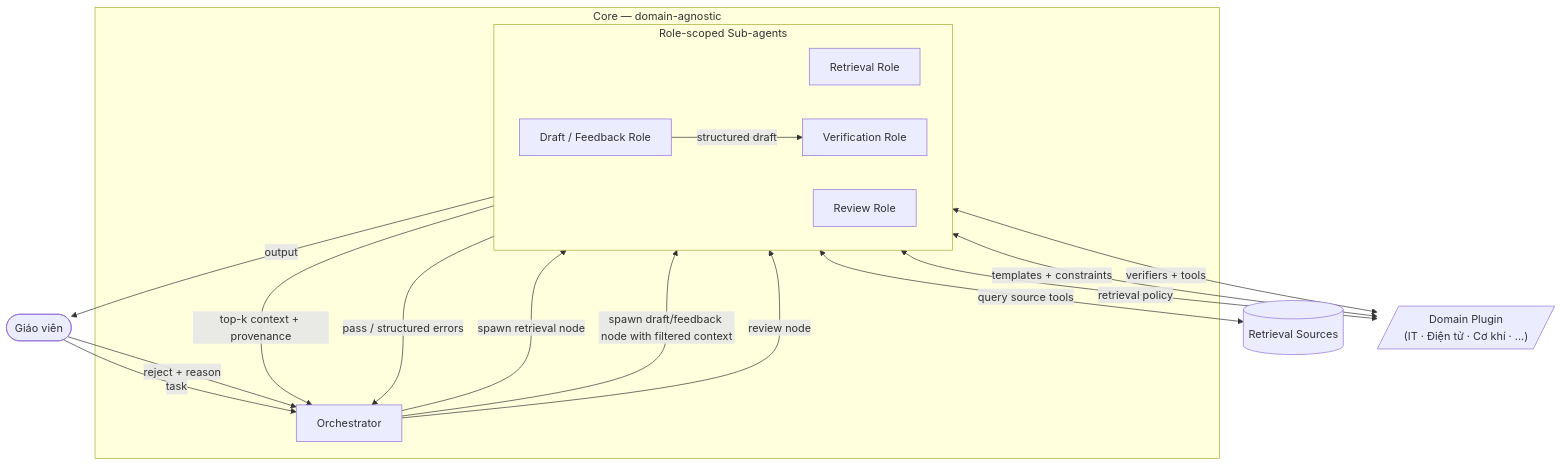
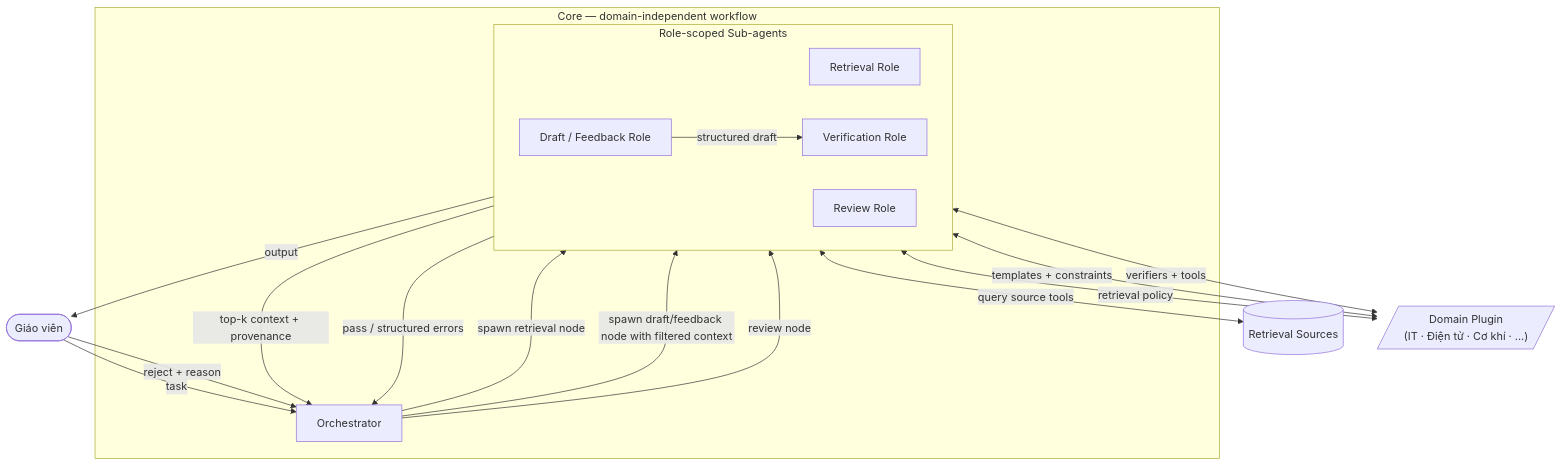
The diagram in .claude/skills/thesis-context/refs/3_system-design.md (phuongbv00/alignmentgraph-isd), drawn with Mermaid before and after one commit. The commit also changed other lines of this file and 1 other file, not shown here.

````diff
--- a/.claude/skills/thesis-context/refs/3_system-design.md
+++ b/.claude/skills/thesis-context/refs/3_system-design.md
@@ -85,33 +97,33 @@
 ```mermaid
 flowchart TD
     T(["Giáo viên"])
 
-    subgraph CORE["Core  —  domain-agnostic"]
+    subgraph CORE["Core  —  domain-independent workflow"]
         ORC["Orchestrator"]
 
         subgraph POOL["Role-scoped Sub-agents"]
             direction LR
             RT["Retrieval Role"]
             DR["Draft / Feedback Role"]
             VF["Verification Role"]
             RV["Review Role"]
         end
     end
 
     RS[("Retrieval Sources")]
     PLG[/"Domain Plugin<br/>(IT · Điện tử · Cơ khí · ...)"/]
 
     T -->|"task"| ORC
     ORC -->|"spawn retrieval node"| RT
     RT <-->|"query source tools"| RS
     RT <-->|"retrieval policy"| PLG
     RT -->|"top-k context + provenance"| ORC
     ORC -->|"spawn draft/feedback node with filtered context"| DR
     DR <-->|"templates + constraints"| PLG
     DR -->|"structured draft"| VF
     VF <-->|"verifiers + tools"| PLG
     VF -->|"pass / structured errors"| ORC
     ORC -->|"review node"| RV
     RV -->|"output"| T
     T -->|"reject + reason"| ORC
 ```
````
